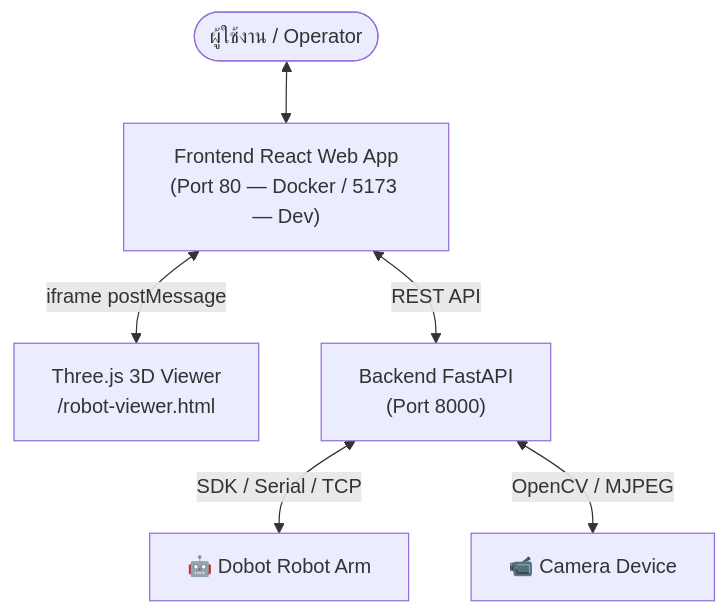
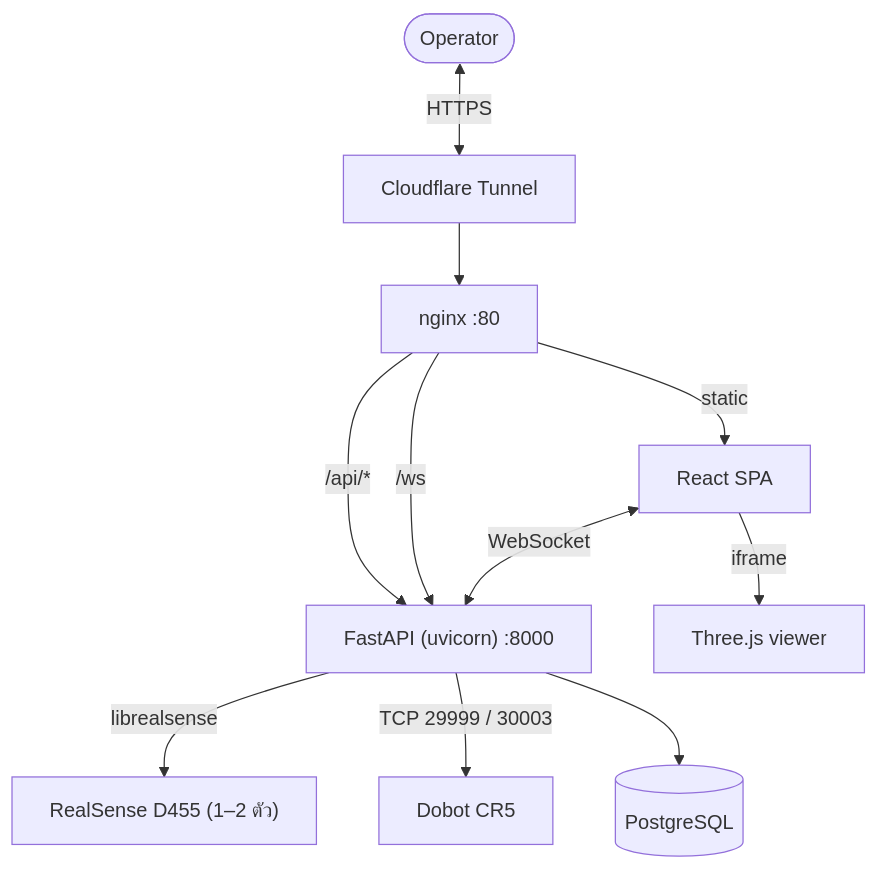
The diagram in README.md (RobotGuiding101/web_robot), drawn with Mermaid before and after one commit. The commit also changed other lines of this file and 6 other files, not shown here.

First line of the commit message:
Persist per-user settings + camera selection; refresh docs

````diff
--- a/README.md
+++ b/README.md
@@ -115,8 +150,14 @@
 ```mermaid
 graph TD
-    User([ผู้ใช้งาน / Operator]) <--> Frontend["Frontend React Web App\n(Port 80 — Docker / 5173 — Dev)"]
-    Frontend <-->|iframe postMessage| Viewer["Three.js 3D Viewer\n/robot-viewer.html"]
-    Frontend <-->|REST API| Backend["Backend FastAPI\n(Port 8000)"]
-    Backend <-->|SDK / Serial / TCP| Dobot[🤖 Dobot Robot Arm]
-    Backend <-->|OpenCV / MJPEG| Camera[📹 Camera Device]
+    User([Operator]) <-->|HTTPS| CF[Cloudflare Tunnel]
+    CF --> NG[nginx :80]
+    NG -->|/api/*| API["FastAPI (uvicorn) :8000"]
+    NG -->|/ws| API
+    NG -->|static| FE[React SPA]
+
+    API -->|librealsense| CAM["RealSense D455 (1–2 ตัว)"]
+    API -->|TCP 29999 / 30003| DOB[Dobot CR5]
+    API --> PG[(PostgreSQL)]
+    FE -->|iframe| VIEW["Three.js viewer"]
+    FE <-->|WebSocket| API
 ```
````
